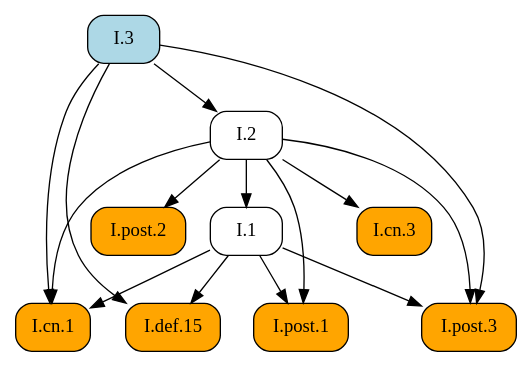
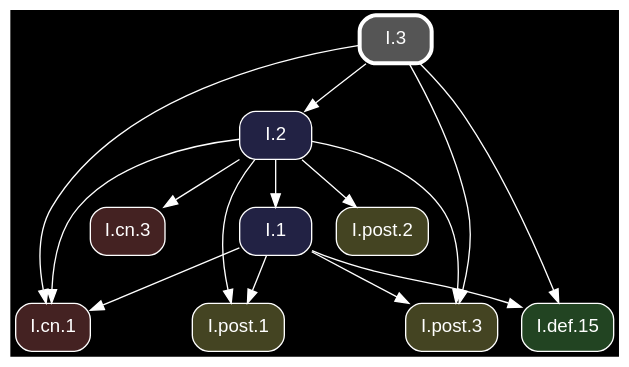
The diagram in docsrc/heath/I/3/index.rst (geometor/elements), drawn with Graphviz before and after one commit. The commit also changed other lines of this file and 1200 other files, not shown here.

Commit message:
update dependency graphs

```diff
--- a/docsrc/heath/I/3/index.rst
+++ b/docsrc/heath/I/3/index.rst
@@ -37,29 +37,31 @@
 .. graphviz::
 
    digraph {
+     bgcolor="black";
+     node [shape=box, style="rounded,filled", fontname="Helvetica", color="white", fontcolor="white"];
+     edge [color="white", fontcolor="white"];
      rankdir="TB";
-     node [shape=box, style=rounded];
-     "I.cn.1" [style="rounded,filled", fillcolor=orange, URL="/heath/I/cn.1/", target="_top"];
-     "I.2" [URL="/heath/I/2/", target="_top"];
-     "I.def.15" [style="rounded,filled", fillcolor=orange, URL="/heath/I/def.15/", target="_top"];
-     "I.1" [URL="/heath/I/1/", target="_top"];
-     "I.post.3" [style="rounded,filled", fillcolor=orange, URL="/heath/I/post.3/", target="_top"];
-     "I.post.1" [style="rounded,filled", fillcolor=orange, URL="/heath/I/post.1/", target="_top"];
-     "I.post.2" [style="rounded,filled", fillcolor=orange, URL="/heath/I/post.2/", target="_top"];
-     "I.cn.3" [style="rounded,filled", fillcolor=orange, URL="/heath/I/cn.3/", target="_top"];
-     "I.3" [style="rounded,filled", fillcolor=lightblue, URL="/heath/I/3/", target="_top"];
+     "I.1" [fillcolor="#222244", URL="/heath/I/1/", target="_top"];
+     "I.post.2" [fillcolor="#444422", URL="/heath/I/post.2/", target="_top"];
+     "I.3" [penwidth=3, color="white", fillcolor="#555555", URL="/heath/I/3/", target="_top"];
+     "I.post.1" [fillcolor="#444422", URL="/heath/I/post.1/", target="_top"];
+     "I.cn.1" [fillcolor="#442222", URL="/heath/I/cn.1/", target="_top"];
+     "I.post.3" [fillcolor="#444422", URL="/heath/I/post.3/", target="_top"];
+     "I.cn.3" [fillcolor="#442222", URL="/heath/I/cn.3/", target="_top"];
+     "I.def.15" [fillcolor="#224422", URL="/heath/I/def.15/", target="_top"];
+     "I.2" [fillcolor="#222244", URL="/heath/I/2/", target="_top"];
+     "I.2" -> "I.1";
+     "I.2" -> "I.post.2";
+     "I.1" -> "I.post.1";
+     "I.2" -> "I.post.1";
      "I.1" -> "I.cn.1";
      "I.2" -> "I.cn.1";
      "I.3" -> "I.cn.1";
-     "I.3" -> "I.2";
-     "I.1" -> "I.def.15";
-     "I.3" -> "I.def.15";
-     "I.2" -> "I.1";
      "I.1" -> "I.post.3";
      "I.2" -> "I.post.3";
      "I.3" -> "I.post.3";
-     "I.1" -> "I.post.1";
-     "I.2" -> "I.post.1";
-     "I.2" -> "I.post.2";
      "I.2" -> "I.cn.3";
+     "I.1" -> "I.def.15";
+     "I.3" -> "I.def.15";
+     "I.3" -> "I.2";
    }
```
